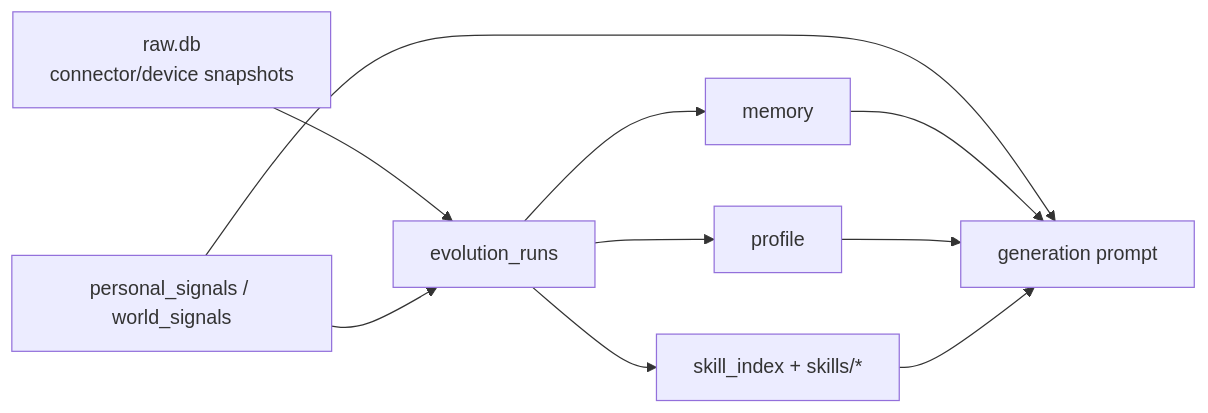
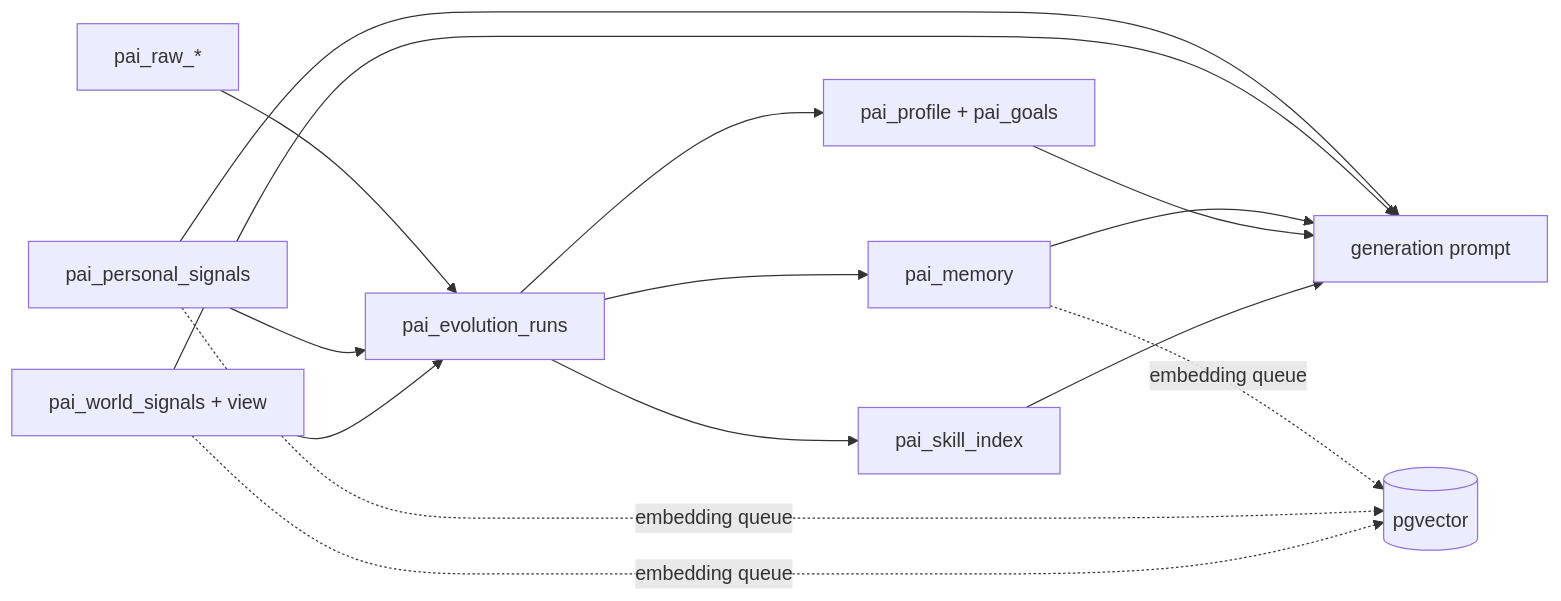
Before and after one commit to Edge-AI-HQ/proactive-assistant: the diagram in docs/modules/memory.mdx, drawn with Mermaid. The commit also changed other lines of this file and 372 other files, not shown here.

````diff
--- a/docs/modules/memory.mdx
+++ b/docs/modules/memory.mdx
@@ -12,12 +14,17 @@
 ```mermaid
 flowchart LR
-  Raw["raw.db\nconnector/device snapshots"] --> Evolution["evolution_runs"]
-  Signals["personal_signals / world_signals"] --> Generation["generation prompt"]
-  Signals --> Evolution
-  Evolution --> Memory["memory"]
-  Evolution --> Profile["profile"]
-  Evolution --> Skills["skill_index + skills/*"]
-  Memory --> Generation
-  Profile --> Generation
-  Skills --> Generation
+  Raw["pai_raw_*"] --> Evo["pai_evolution_runs"]
+  PS["pai_personal_signals"] --> Evo
+  WS["pai_world_signals + view"] --> Evo
+  PS --> Gen["generation prompt"]
+  WS --> Gen
+  Evo --> Mem["pai_memory"]
+  Evo --> Prof["pai_profile + pai_goals"]
+  Evo --> Skill["pai_skill_index"]
+  Mem --> Gen
+  Prof --> Gen
+  Skill --> Gen
+  Mem -. embedding queue .-> Vec[("pgvector")]
+  PS -. embedding queue .-> Vec
+  WS -. embedding queue .-> Vec
 ```
````
